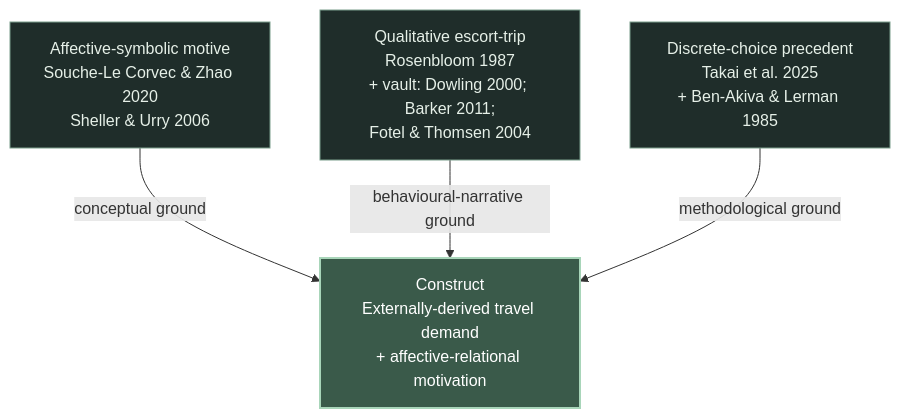
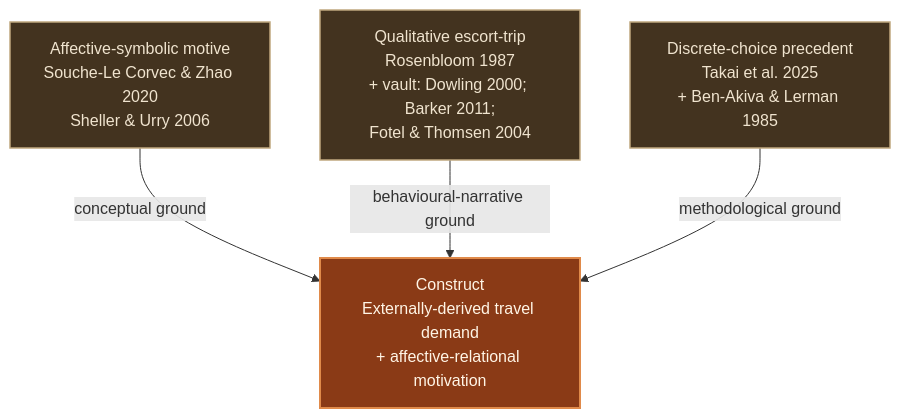
Before and after one commit to rizqrama/rizqrama.github.io: the first of 10 diagrams in meetings/20260608.qmd, drawn with Mermaid. The commit also changed other lines of this file and 12 other files, not shown here.

````diff
--- a/meetings/20260608.qmd
+++ b/meetings/20260608.qmd
@@ -184,17 +183,17 @@
 ```{mermaid}
 flowchart TB
     C[Construct<br/>Externally-derived travel demand<br/>+ affective-relational motivation]
 
     T1["Affective-symbolic motive<br/>Souche-Le Corvec & Zhao 2020<br/>Sheller & Urry 2006"]
     T2["Qualitative escort-trip<br/>Rosenbloom 1987<br/>+ vault: Dowling 2000; Barker 2011;<br/>Fotel & Thomsen 2004"]
     T3["Discrete-choice precedent<br/>Takai et al. 2025<br/>+ Ben-Akiva & Lerman 1985"]
 
     T1 -->|conceptual ground| C
     T2 -->|behavioural-narrative ground| C
     T3 -->|methodological ground| C
 
-    classDef tradition fill:#1f2d2a,stroke:#7a9e8c,stroke-width:1px,color:#e6f0e8
-    classDef construct fill:#3a5a4a,stroke:#a8d5b9,stroke-width:2px,color:#ffffff
+    classDef tradition fill:#43331f,stroke:#c0a87f,stroke-width:1.5px,color:#f0e4cf
+    classDef construct fill:#8a3a16,stroke:#e08a4a,stroke-width:2px,color:#fff5e6
     class T1,T2,T3 tradition
     class C construct
 ```
````
